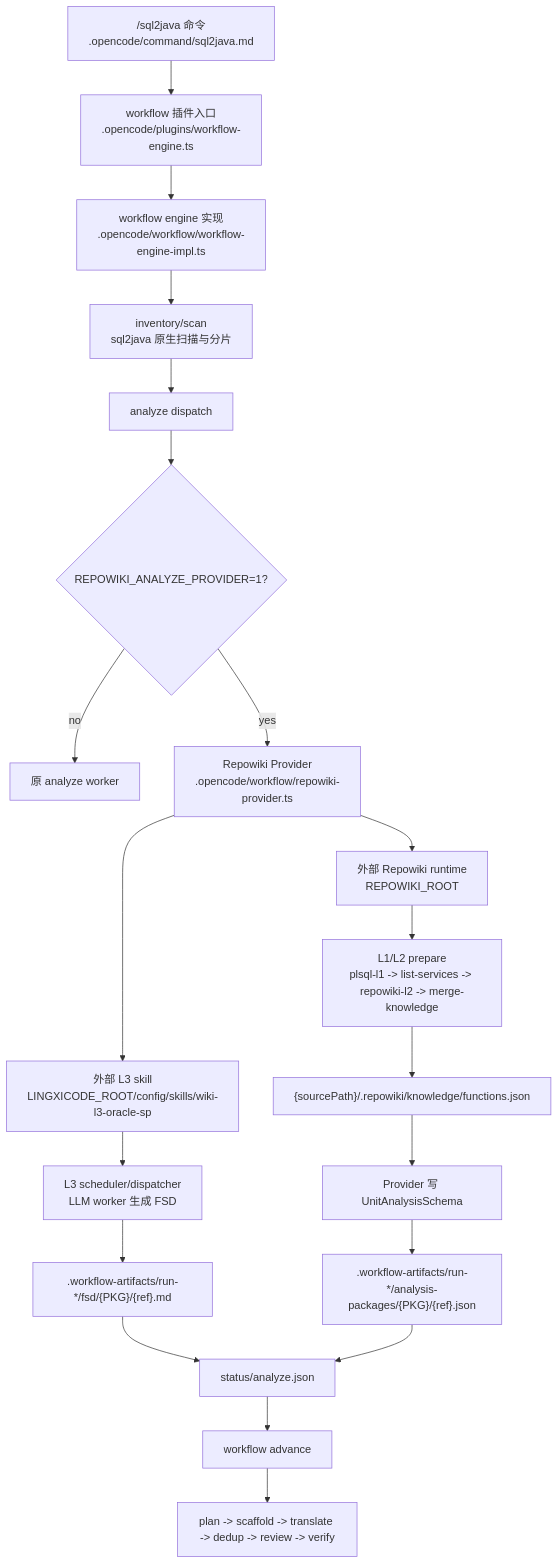
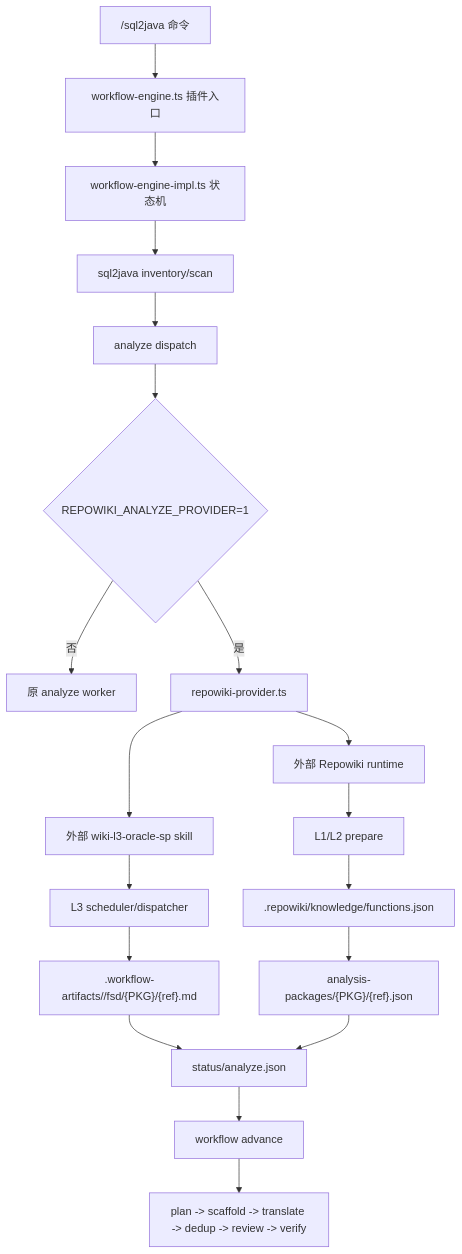
The diagram in README.md (lanszdg/sql2java-workflow-repowiki), drawn with Mermaid before and after one commit. The commit also changed other lines of this file, not shown here.

Commit message:
docs: clarify repowiki workflow integration

````diff
--- a/README.md
+++ b/README.md
@@ -17,22 +56,21 @@
 ```mermaid
 flowchart TD
-  A["/sql2java 命令<br/>.opencode/command/sql2java.md"] --> B["workflow 插件入口<br/>.opencode/plugins/workflow-engine.ts"]
-  B --> C["workflow engine 实现<br/>.opencode/workflow/workflow-engine-impl.ts"]
-  C --> D["inventory/scan<br/>sql2java 原生扫描与分片"]
+  A["/sql2java 命令"] --> B["workflow-engine.ts 插件入口"]
+  B --> C["workflow-engine-impl.ts 状态机"]
+  C --> D["sql2java inventory/scan"]
   D --> E["analyze dispatch"]
-  E --> F{"REPOWIKI_ANALYZE_PROVIDER=1?"}
-  F -- "no" --> G["原 analyze worker"]
-  F -- "yes" --> H["Repowiki Provider<br/>.opencode/workflow/repowiki-provider.ts"]
-  H --> I["外部 Repowiki runtime<br/>REPOWIKI_ROOT"]
-  I --> J["L1/L2 prepare<br/>plsql-l1 -> list-services -> repowiki-l2 -> merge-knowledge"]
-  J --> K["{sourcePath}/.repowiki/knowledge/functions.json"]
-  H --> L["外部 L3 skill<br/>LINGXICODE_ROOT/config/skills/wiki-l3-oracle-sp"]
-  L --> M["L3 scheduler/dispatcher<br/>LLM worker 生成 FSD"]
-  M --> N[".workflow-artifacts/run-*/fsd/{PKG}/{ref}.md"]
-  K --> O["Provider 写 UnitAnalysisSchema"]
-  O --> P[".workflow-artifacts/run-*/analysis-packages/{PKG}/{ref}.json"]
-  N --> Q["status/analyze.json"]
-  P --> Q
-  Q --> R["workflow advance"]
-  R --> S["plan -> scaffold -> translate -> dedup -> review -> verify"]
+  E --> F{"REPOWIKI_ANALYZE_PROVIDER=1"}
+  F -- "否" --> G["原 analyze worker"]
+  F -- "是" --> H["repowiki-provider.ts"]
+  H --> I["外部 Repowiki runtime"]
+  I --> J["L1/L2 prepare"]
+  J --> K[".repowiki/knowledge/functions.json"]
+  H --> L["外部 wiki-l3-oracle-sp skill"]
+  L --> M["L3 scheduler/dispatcher"]
+  M --> N[".workflow-artifacts/<runId>/fsd/{PKG}/{ref}.md"]
+  K --> O["analysis-packages/{PKG}/{ref}.json"]
+  N --> P["status/analyze.json"]
+  O --> P
+  P --> Q["workflow advance"]
+  Q --> R["plan -> scaffold -> translate -> dedup -> review -> verify"]
 ```
````
